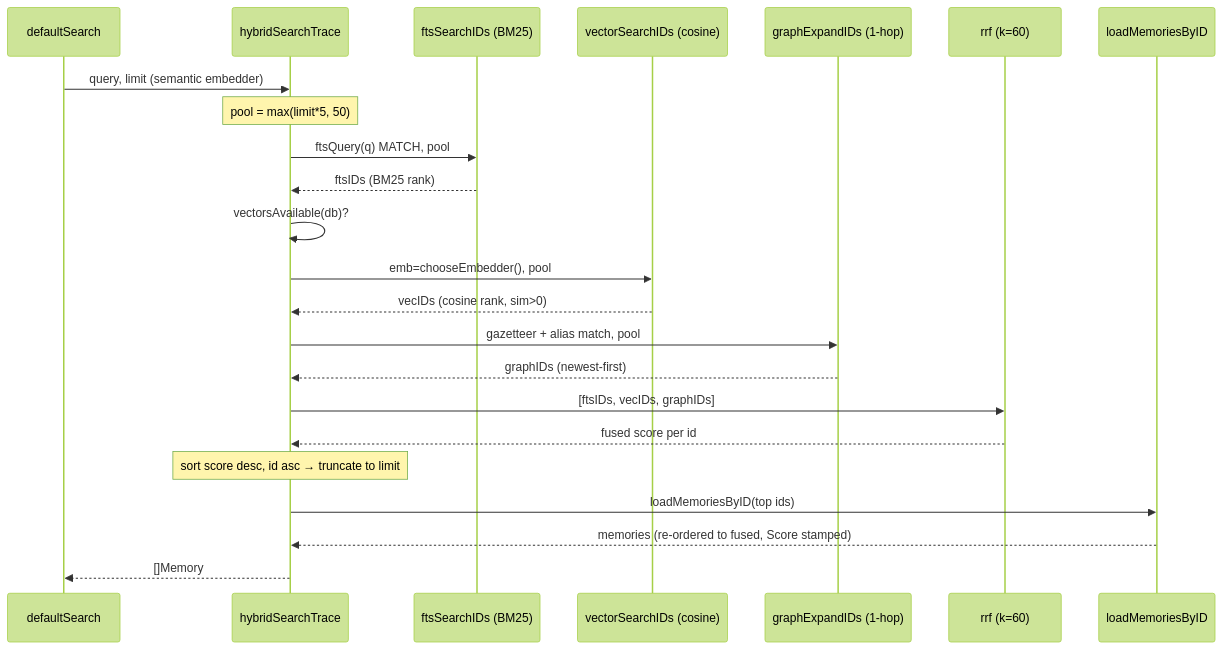
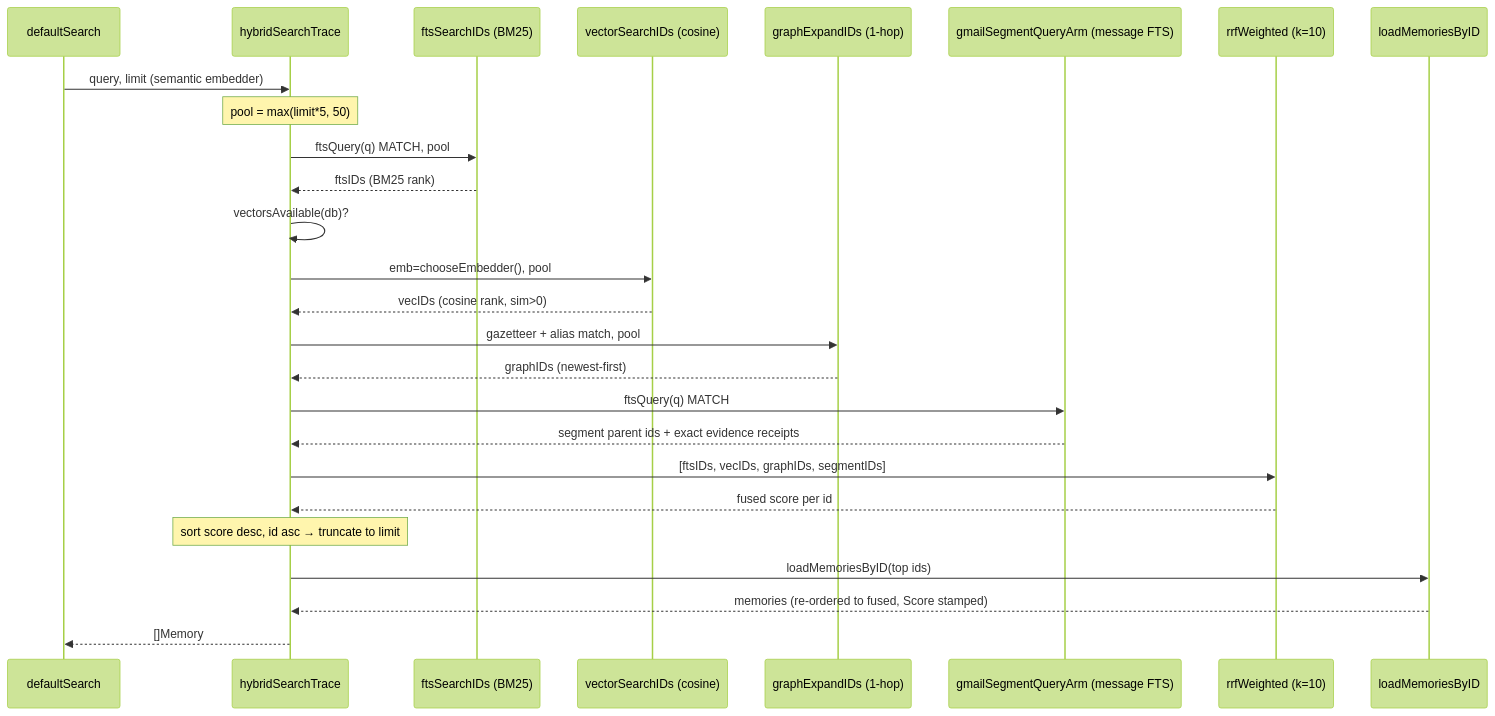
The third of 3 diagrams in docs/architecture/02-retrieval-search.md (pyranthus-hq/mora), drawn with Mermaid (forest theme) before and after one commit. The commit also changed other lines of this file and 5 other files, not shown here.

````diff
--- a/docs/architecture/02-retrieval-search.md
+++ b/docs/architecture/02-retrieval-search.md
@@ -188,26 +188,29 @@
 ```mermaid
 sequenceDiagram
     participant C as defaultSearch
     participant H as hybridSearchTrace
     participant FTS as ftsSearchIDs (BM25)
     participant V as vectorSearchIDs (cosine)
     participant G as graphExpandIDs (1-hop)
-    participant RRF as rrf (k=60)
+    participant S as gmailSegmentQueryArm (message FTS)
+    participant RRF as rrfWeighted (k=10)
     participant DB as loadMemoriesByID
 
     C->>H: query, limit (semantic embedder)
     Note over H: pool = max(limit*5, 50)
     H->>FTS: ftsQuery(q) MATCH, pool
     FTS-->>H: ftsIDs (BM25 rank)
     H->>H: vectorsAvailable(db)?
     H->>V: emb=chooseEmbedder(), pool
     V-->>H: vecIDs (cosine rank, sim>0)
     H->>G: gazetteer + alias match, pool
     G-->>H: graphIDs (newest-first)
-    H->>RRF: [ftsIDs, vecIDs, graphIDs]
+    H->>S: ftsQuery(q) MATCH
+    S-->>H: segment parent ids + exact evidence receipts
+    H->>RRF: [ftsIDs, vecIDs, graphIDs, segmentIDs]
     RRF-->>H: fused score per id
     Note over H: sort score desc, id asc → truncate to limit
     H->>DB: loadMemoriesByID(top ids)
     DB-->>H: memories (re-ordered to fused, Score stamped)
     H-->>C: []Memory
 ```
````
